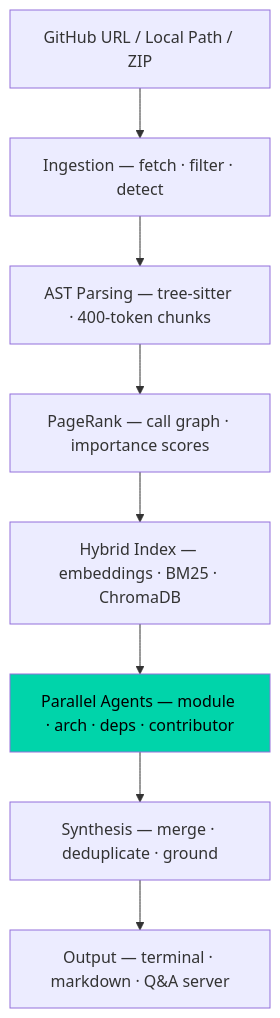
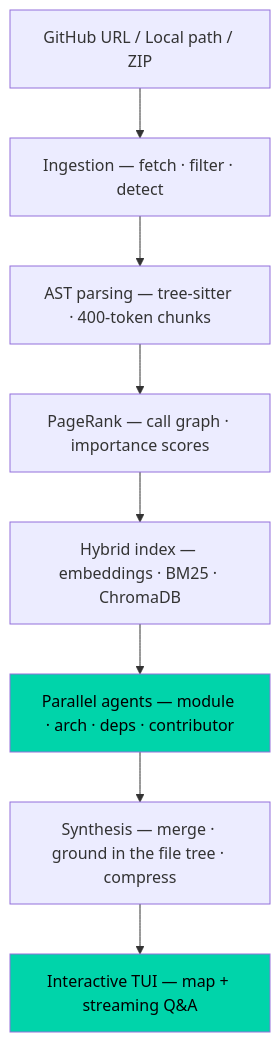
The diagram in README.md (ShaanGS/KairoRM), drawn with Mermaid before and after one commit. The commit also changed other lines of this file and 3 other files, not shown here.

````diff
--- a/README.md
+++ b/README.md
@@ -30,11 +35,12 @@
 ```mermaid
 graph TD
-    A[GitHub URL / Local Path / ZIP] --> B[Ingestion — fetch · filter · detect]
-    B --> C[AST Parsing — tree-sitter · 400-token chunks]
+    A[GitHub URL / Local path / ZIP] --> B[Ingestion — fetch · filter · detect]
+    B --> C[AST parsing — tree-sitter · 400-token chunks]
     C --> D[PageRank — call graph · importance scores]
-    D --> E[Hybrid Index — embeddings · BM25 · ChromaDB]
-    E --> F[Parallel Agents — module · arch · deps · contributor]
-    F --> G[Synthesis — merge · deduplicate · ground]
-    G --> H[Output — terminal · markdown · Q&A server]
+    D --> E[Hybrid index — embeddings · BM25 · ChromaDB]
+    E --> F[Parallel agents — module · arch · deps · contributor]
+    F --> G[Synthesis — merge · ground in the file tree · compress]
+    G --> H[Interactive TUI — map + streaming Q&A]
     style F fill:#00D4AA,color:#000
+    style H fill:#00D4AA,color:#000
 ```
````
